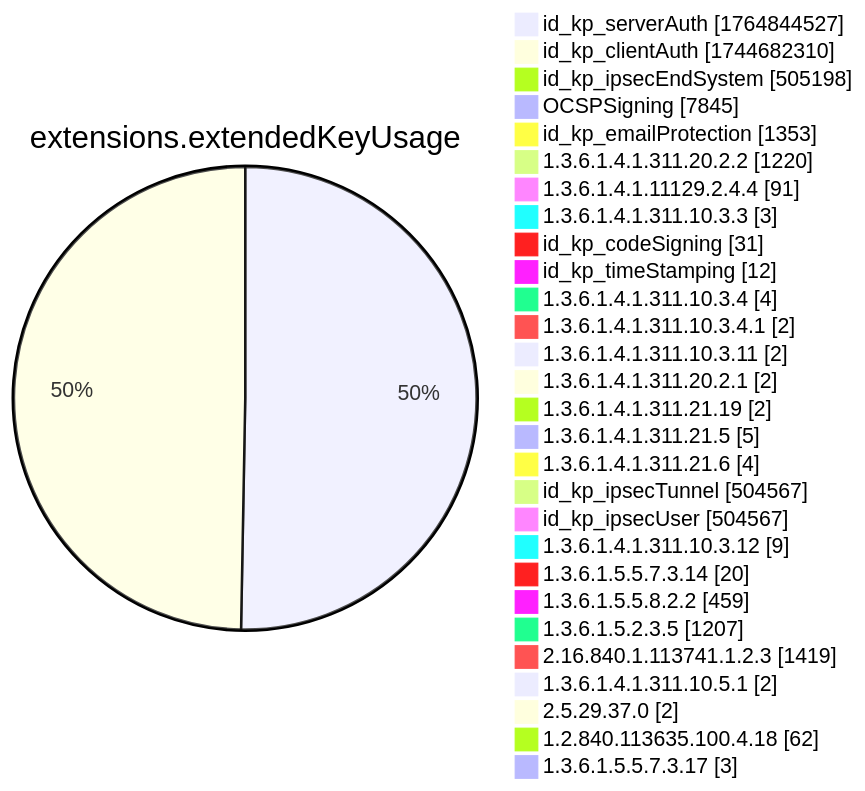
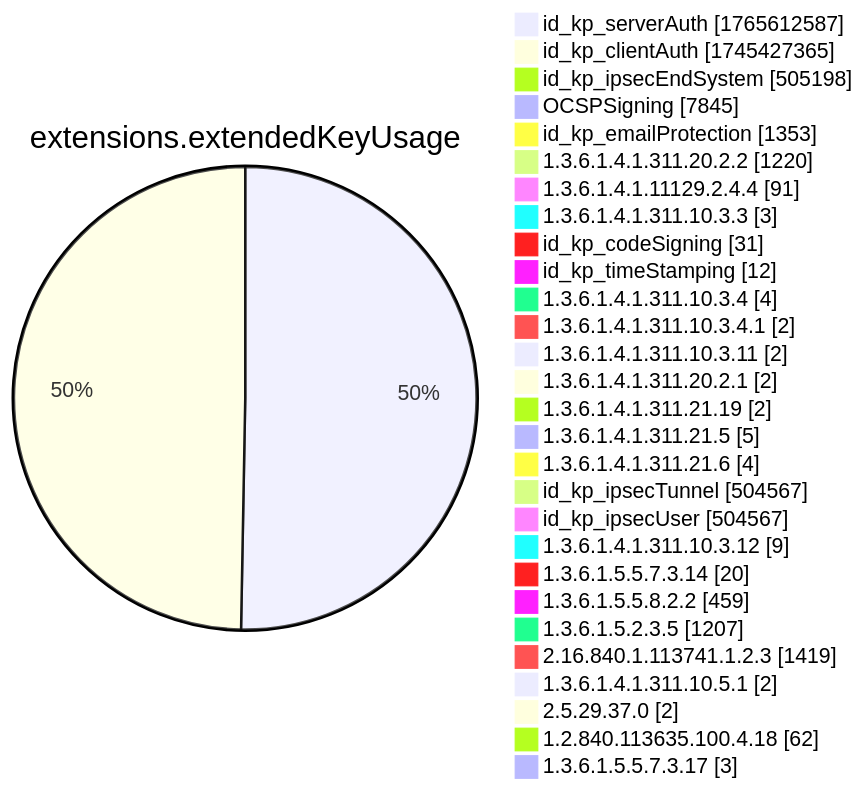
One commit to christiankrug/ctmonitor_visualization changed diagram 12 of 15 in xenon2022/README.md. Above: the diagram before and after it, drawn with Mermaid. The commit also changed other lines of this file, not shown here.

````diff
--- a/xenon2022/README.md
+++ b/xenon2022/README.md
@@ -3893,32 +3893,32 @@
 ```mermaid
 pie showData
 title extensions.extendedKeyUsage
-"id_kp_serverAuth" :1764844527
-"id_kp_clientAuth" :1744682310
+"id_kp_serverAuth" :1765612587
+"id_kp_clientAuth" :1745427365
 "id_kp_ipsecEndSystem" :505198
 "OCSPSigning" :7845
 "id_kp_emailProtection" :1353
 "1.3.6.1.4.1.311.20.2.2" :1220
 "1.3.6.1.4.1.11129.2.4.4" :91
 "1.3.6.1.4.1.311.10.3.3" :3
 "id_kp_codeSigning" :31
 "id_kp_timeStamping" :12
 "1.3.6.1.4.1.311.10.3.4" :4
 "1.3.6.1.4.1.311.10.3.4.1" :2
 "1.3.6.1.4.1.311.10.3.11" :2
 "1.3.6.1.4.1.311.20.2.1" :2
 "1.3.6.1.4.1.311.21.19" :2
 "1.3.6.1.4.1.311.21.5" :5
 "1.3.6.1.4.1.311.21.6" :4
 "id_kp_ipsecTunnel" :504567
 "id_kp_ipsecUser" :504567
 "1.3.6.1.4.1.311.10.3.12" :9
 "1.3.6.1.5.5.7.3.14" :20
 "1.3.6.1.5.5.8.2.2" :459
 "1.3.6.1.5.2.3.5" :1207
 "2.16.840.1.113741.1.2.3" :1419
 "1.3.6.1.4.1.311.10.5.1" :2
 "2.5.29.37.0" :2
 "1.2.840.113635.100.4.18" :62
 "1.3.6.1.5.5.7.3.17" :3
 ```
````
